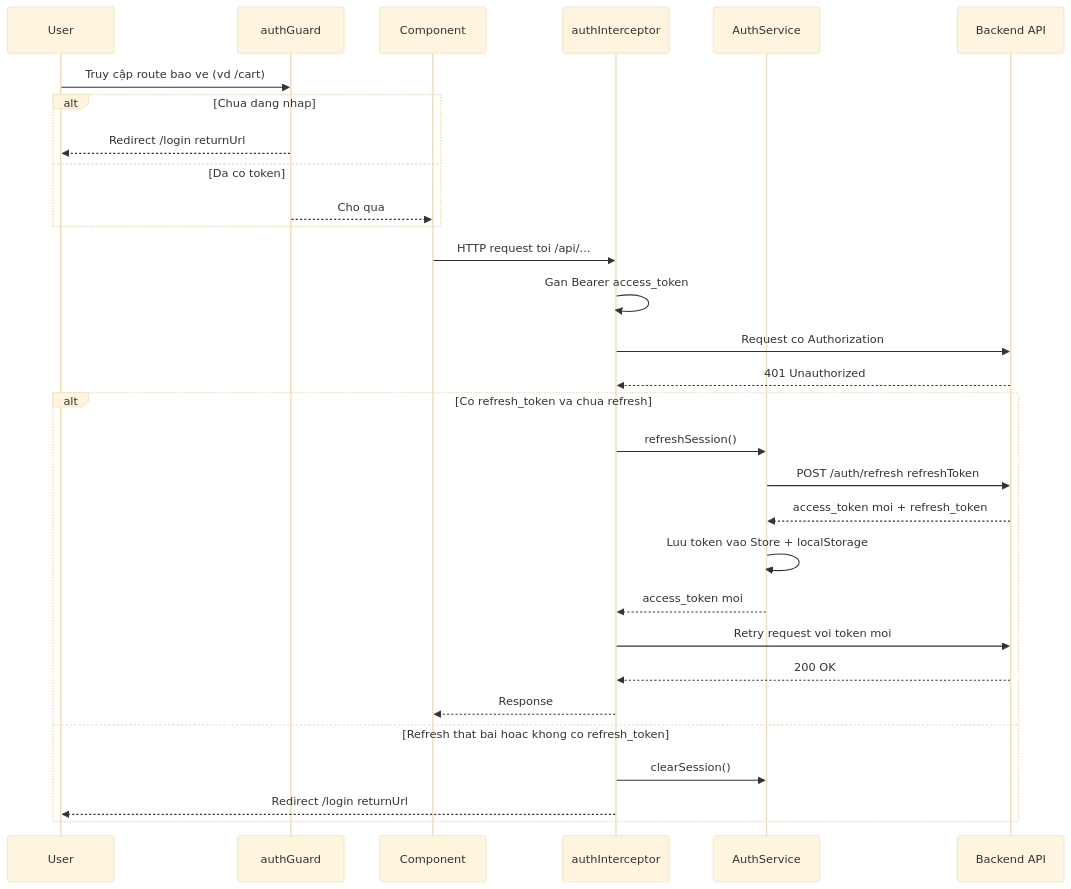
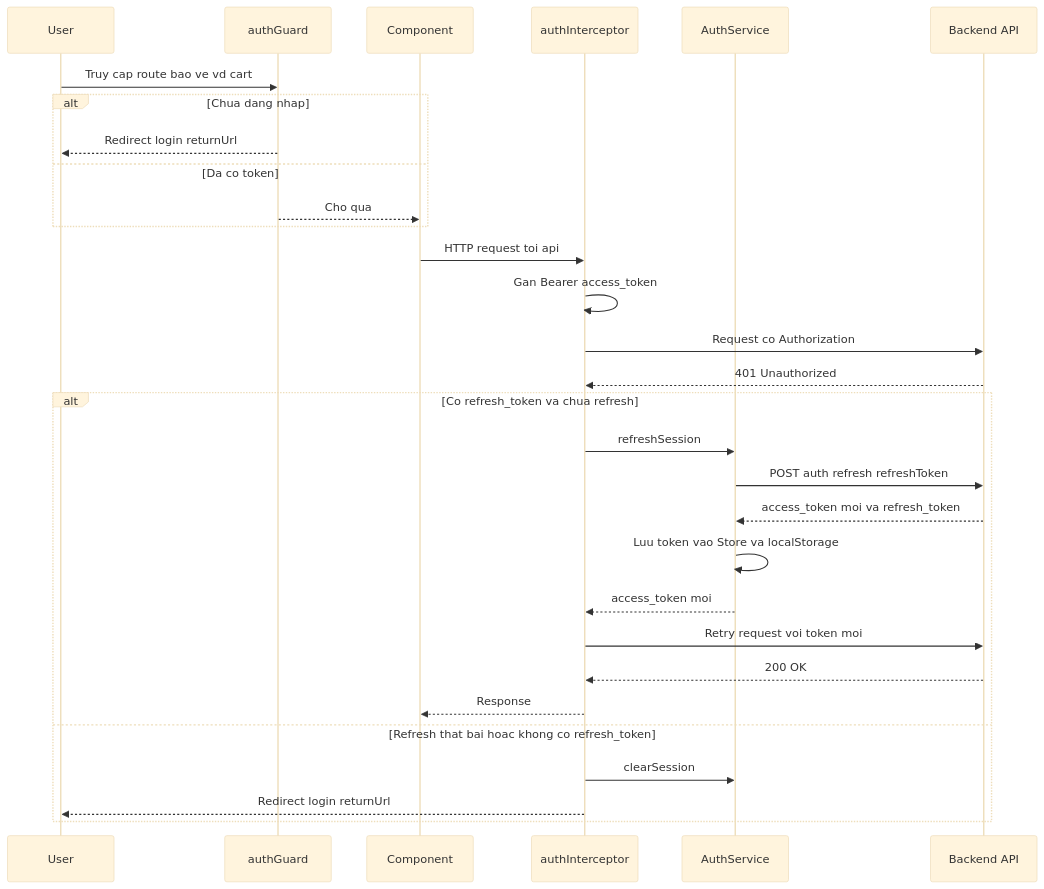
Before and after one commit to nhatnv2-vnext/llm-wiki: the second of 3 diagrams in 02_Wiki/03_Architecture/laptop-shop-angular_Architecture.md, drawn with Mermaid (base theme). The commit also changed other lines of this file and 16 other files, not shown here.

````diff
--- a/02_Wiki/03_Architecture/laptop-shop-angular_Architecture.md
+++ b/02_Wiki/03_Architecture/laptop-shop-angular_Architecture.md
@@ -115,35 +108,35 @@
 ```mermaid
 sequenceDiagram
     participant U as User
     participant G as authGuard
     participant C as Component
     participant I as authInterceptor
     participant S as AuthService
     participant BE as Backend API
 
-    U->>G: Truy cập route bao ve (vd /cart)
+    U->>G: Truy cap route bao ve vd cart
     alt Chua dang nhap
-        G-->>U: Redirect /login returnUrl
+        G-->>U: Redirect login returnUrl
     else Da co token
         G-->>C: Cho qua
     end
 
-    C->>I: HTTP request toi /api/...
+    C->>I: HTTP request toi api
     I->>I: Gan Bearer access_token
     I->>BE: Request co Authorization
     BE-->>I: 401 Unauthorized
 
     alt Co refresh_token va chua refresh
-        I->>S: refreshSession()
-        S->>BE: POST /auth/refresh refreshToken
-        BE-->>S: access_token moi + refresh_token
-        S->>S: Luu token vao Store + localStorage
+        I->>S: refreshSession
+        S->>BE: POST auth refresh refreshToken
+        BE-->>S: access_token moi va refresh_token
+        S->>S: Luu token vao Store va localStorage
         S-->>I: access_token moi
         I->>BE: Retry request voi token moi
         BE-->>I: 200 OK
         I-->>C: Response
     else Refresh that bai hoac khong co refresh_token
-        I->>S: clearSession()
-        I-->>U: Redirect /login returnUrl
+        I->>S: clearSession
+        I-->>U: Redirect login returnUrl
     end
 ```
````
